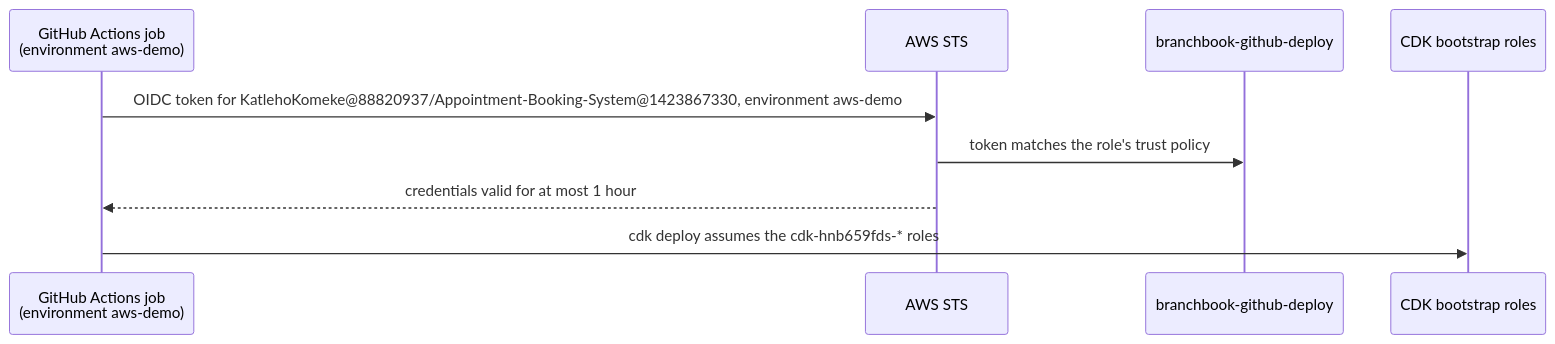
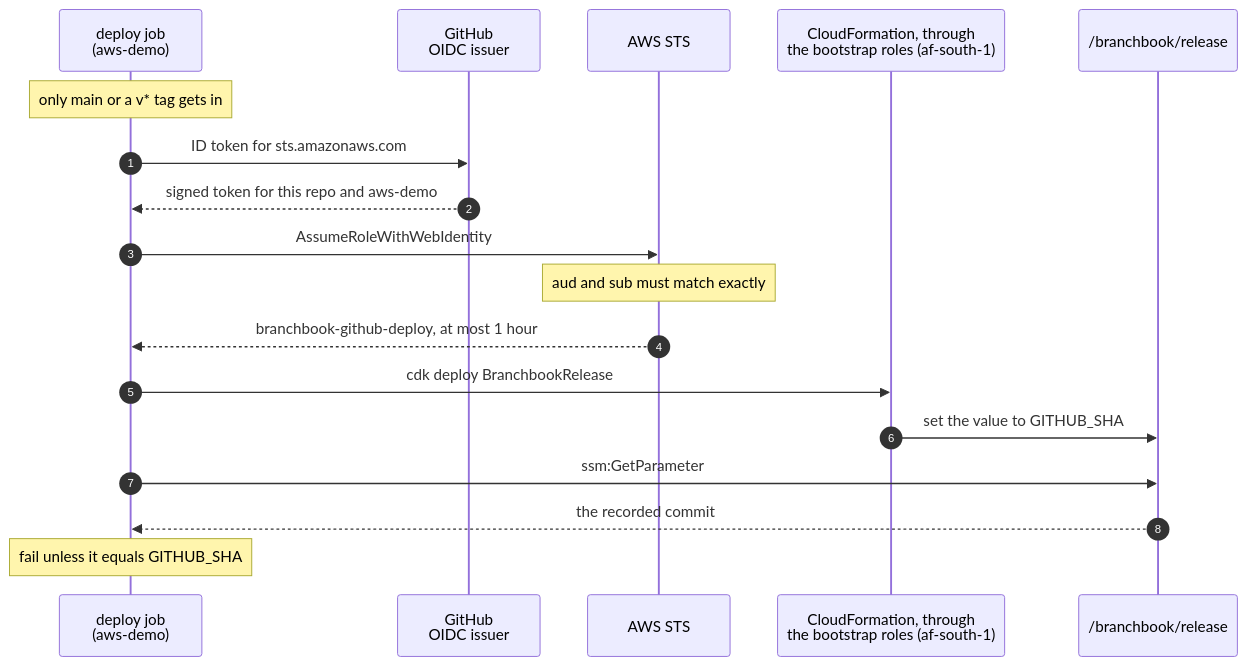
The diagram in infra/README.md (KatlehoKomeke/Appointment-Booking-System), drawn with Mermaid before and after one commit. The commit also changed other lines of this file, not shown here.

First line of the commit message:
docs(infra): show what exists in AWS, who can change it, and the keyless deploy

````diff
--- a/infra/README.md
+++ b/infra/README.md
@@ -39,11 +74,20 @@
 ```mermaid
 sequenceDiagram
-    participant GH as GitHub Actions job<br/>(environment aws-demo)
+    autonumber
+    participant Job as deploy job<br/>(aws-demo)
+    participant Issuer as GitHub<br/>OIDC issuer
     participant STS as AWS STS
-    participant Role as branchbook-github-deploy
-    participant Boot as CDK bootstrap roles
-    GH->>STS: OIDC token for KatlehoKomeke@88820937/Appointment-Booking-System@1423867330, environment aws-demo
-    STS->>Role: token matches the role's trust policy
-    STS-->>GH: credentials valid for at most 1 hour
-    GH->>Boot: cdk deploy assumes the cdk-hnb659fds-* roles
+    participant CFN as CloudFormation, through<br/>the bootstrap roles (af-south-1)
+    participant SSM as /branchbook/release
+    Note over Job: only main or a v* tag gets in
+    Job->>Issuer: ID token for sts.amazonaws.com
+    Issuer-->>Job: signed token for this repo and aws-demo
+    Job->>STS: AssumeRoleWithWebIdentity
+    Note over STS: aud and sub must match exactly
+    STS-->>Job: branchbook-github-deploy, at most 1 hour
+    Job->>CFN: cdk deploy BranchbookRelease
+    CFN->>SSM: set the value to GITHUB_SHA
+    Job->>SSM: ssm:GetParameter
+    SSM-->>Job: the recorded commit
+    Note over Job: fail unless it equals GITHUB_SHA
 ```
````
